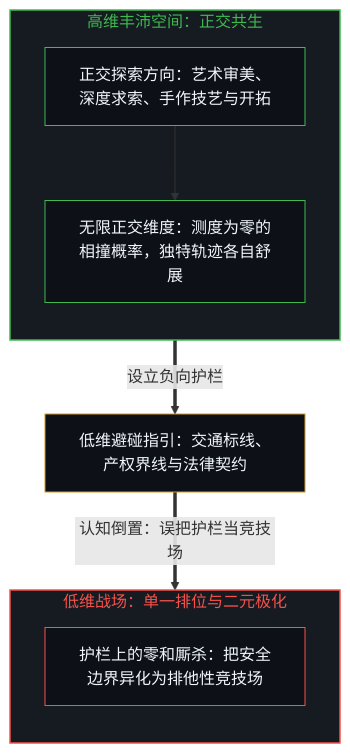
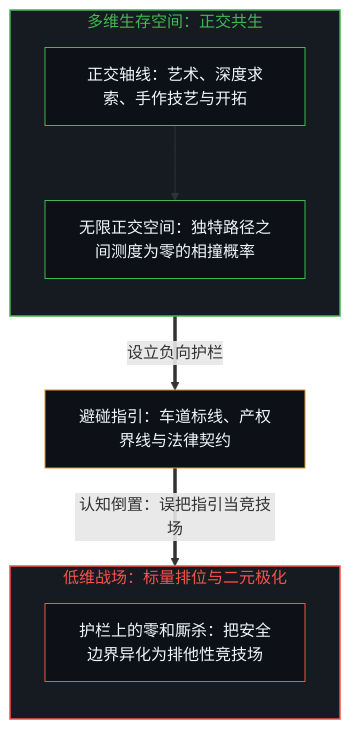
One commit to powerpig99/not-a-toe changed the fifth of 10 diagrams in content/posts/the-shadow-and-the-infinite.md. Above: the diagram before and after it, drawn with Mermaid. The commit also changed other lines of this file and 5 other files, not shown here.

````diff
--- a/content/posts/the-shadow-and-the-infinite.md
+++ b/content/posts/the-shadow-and-the-infinite.md
@@ -155,26 +143,22 @@
 ```mermaid
 flowchart TD
-    subgraph HighDManifold["高维丰沛空间：正交共生"]
+    subgraph HighDManifold["多维生存空间：正交共生"]
         direction TB
-        DirectionA["正交探索方向：艺术审美、深度求索、手作技艺与开拓"]
-        CoexistenceNotice["无限正交维度：测度为零的相撞概率，独特轨迹各自舒展"]
+        DirectionA["正交轴线：艺术、深度求索、手作技艺与开拓"]
+        CoexistenceNotice["无限正交空间：独特路径之间测度为零的相撞概率"]
         DirectionA --> CoexistenceNotice
     end
-
-    LowDGuidance["低维避碰指引：交通标线、产权界线与法律契约"]
-
-    subgraph LowDWarZone["低维战场：单一排位与二元极化"]
+    LowDGuidance["避碰指引：车道标线、产权界线与法律契约"]
+    subgraph LowDWarZone["低维战场：标量排位与二元极化"]
         direction TB
         ClashPoint["护栏上的零和厮杀：把安全边界异化为排他性竞技场"]
     end
-
     CoexistenceNotice ==>|"设立负向护栏"| LowDGuidance
-    LowDGuidance ==>|"认知倒置：误把护栏当竞技场"| ClashPoint
-
+    LowDGuidance ==>|"认知倒置：误把指引当竞技场"| ClashPoint
     style HighDManifold fill:#161b22,stroke:#3fb950,stroke-width:1.5px,color:#3fb950
     style LowDWarZone fill:#161b22,stroke:#f85149,stroke-width:1.5px,color:#f85149
     style DirectionA fill:#0d1117,stroke:#3fb950,stroke-width:1px,color:#f0f6fc
     style CoexistenceNotice fill:#0d1117,stroke:#3fb950,stroke-width:1px,color:#f0f6fc
     style LowDGuidance fill:#0d1117,stroke:#d29922,stroke-width:1px,color:#f0f6fc
     style ClashPoint fill:#0d1117,stroke:#f85149,stroke-width:1px,color:#f0f6fc
 ```
````
